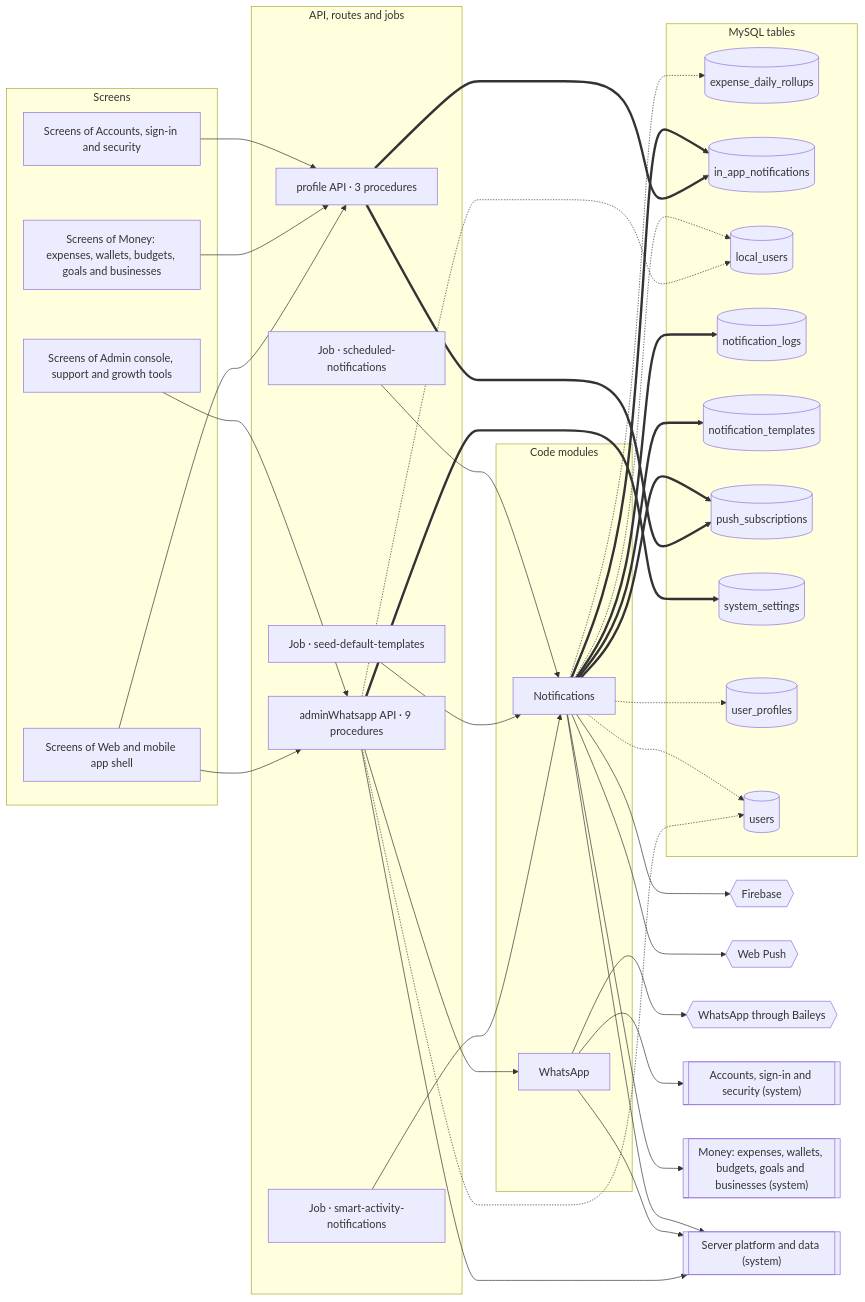
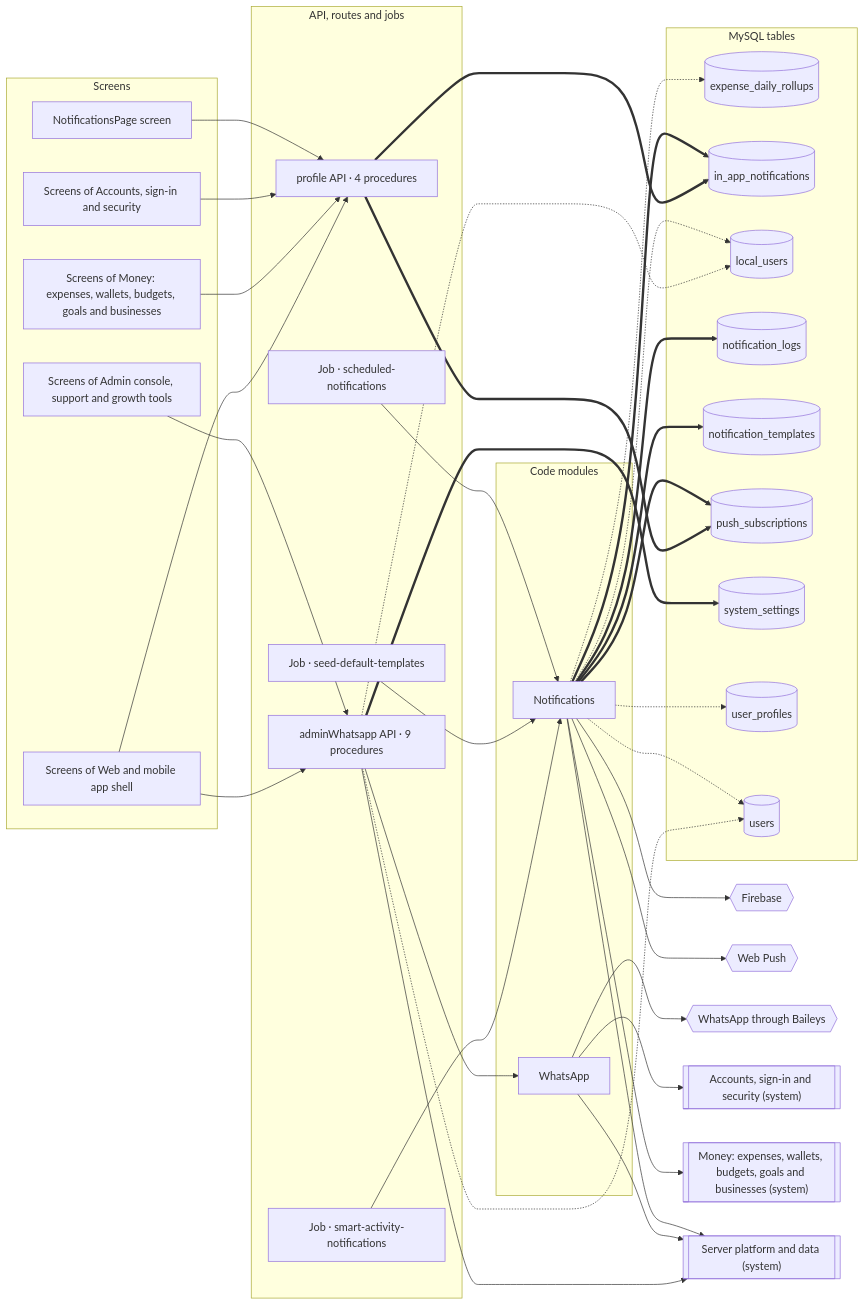
Before and after one commit to mahmoudtaherr111/smartspend_mini_all: the diagram in docs/atlas/systems/notifications.md, drawn with Mermaid. The commit also changed other lines of this file and 21 other files, not shown here.

First line of the commit message:
docs(systems): onboarding, profile, sign-in suggestion and notifications as they are now

````diff
--- a/docs/atlas/systems/notifications.md
+++ b/docs/atlas/systems/notifications.md
@@ -13,67 +13,69 @@
 ```mermaid
 flowchart LR
   subgraph g_screens["Screens"]
+    page_NotificationsPage["NotificationsPage screen"]
     screens_accounts["Screens of Accounts, sign-in and security"]
     screens_admin["Screens of Admin console, support and growth tools"]
     screens_money["Screens of Money: expenses, wallets, budgets, goals and businesses"]
     screens_web_app["Screens of Web and mobile app shell"]
   end
   subgraph g_api["API, routes and jobs"]
     job_scheduled_notifications["Job · scheduled-notifications"]
     job_seed_default_templates["Job · seed-default-templates"]
     job_smart_activity_notifications["Job · smart-activity-notifications"]
     router_adminWhatsapp["adminWhatsapp API · 9 procedures"]
-    router_profile["profile API · 3 procedures"]
+    router_profile["profile API · 4 procedures"]
   end
   subgraph g_modules["Code modules"]
     mod_notifications["Notifications"]
     mod_whatsapp["WhatsApp"]
   end
   subgraph g_tables["MySQL tables"]
     tbl_expense_daily_rollups[("expense_daily_rollups")]
     tbl_in_app_notifications[("in_app_notifications")]
     tbl_local_users[("local_users")]
     tbl_notification_logs[("notification_logs")]
     tbl_notification_templates[("notification_templates")]
     tbl_push_subscriptions[("push_subscriptions")]
     tbl_system_settings[("system_settings")]
     tbl_user_profiles[("user_profiles")]
     tbl_users[("users")]
   end
   ext_firebase{{"Firebase"}}
   ext_web_push{{"Web Push"}}
   ext_whatsapp{{"WhatsApp through Baileys"}}
   sys_accounts[["Accounts, sign-in and security (system)"]]
   sys_money[["Money: expenses, wallets, budgets, goals and businesses (system)"]]
   sys_platform[["Server platform and data (system)"]]
   job_scheduled_notifications --> mod_notifications
   job_seed_default_templates --> mod_notifications
   job_smart_activity_notifications --> mod_notifications
   mod_notifications --> ext_firebase
   mod_notifications --> ext_web_push
   mod_notifications --> sys_money
   mod_notifications --> sys_platform
   mod_notifications -.-> tbl_expense_daily_rollups
   mod_notifications -.-> tbl_local_users
   mod_notifications -.-> tbl_user_profiles
   mod_notifications -.-> tbl_users
   mod_notifications ==> tbl_in_app_notifications
   mod_notifications ==> tbl_notification_logs
   mod_notifications ==> tbl_notification_templates
   mod_notifications ==> tbl_push_subscriptions
   mod_whatsapp --> ext_whatsapp
   mod_whatsapp --> sys_accounts
   mod_whatsapp --> sys_platform
+  page_NotificationsPage --> router_profile
   router_adminWhatsapp --> mod_whatsapp
   router_adminWhatsapp --> sys_platform
   router_adminWhatsapp -.-> tbl_local_users
   router_adminWhatsapp -.-> tbl_users
   router_adminWhatsapp ==> tbl_system_settings
   router_profile ==> tbl_in_app_notifications
   router_profile ==> tbl_push_subscriptions
   screens_accounts --> router_profile
   screens_admin --> router_adminWhatsapp
   screens_money --> router_profile
   screens_web_app --> router_adminWhatsapp
   screens_web_app --> router_profile
 ```
````
